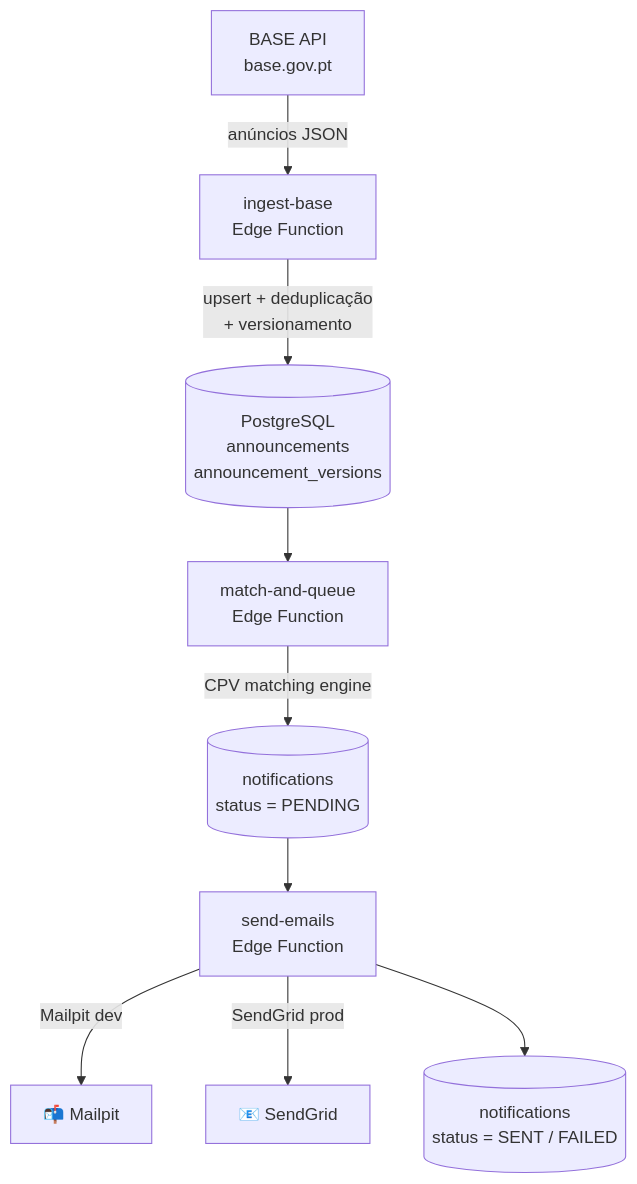
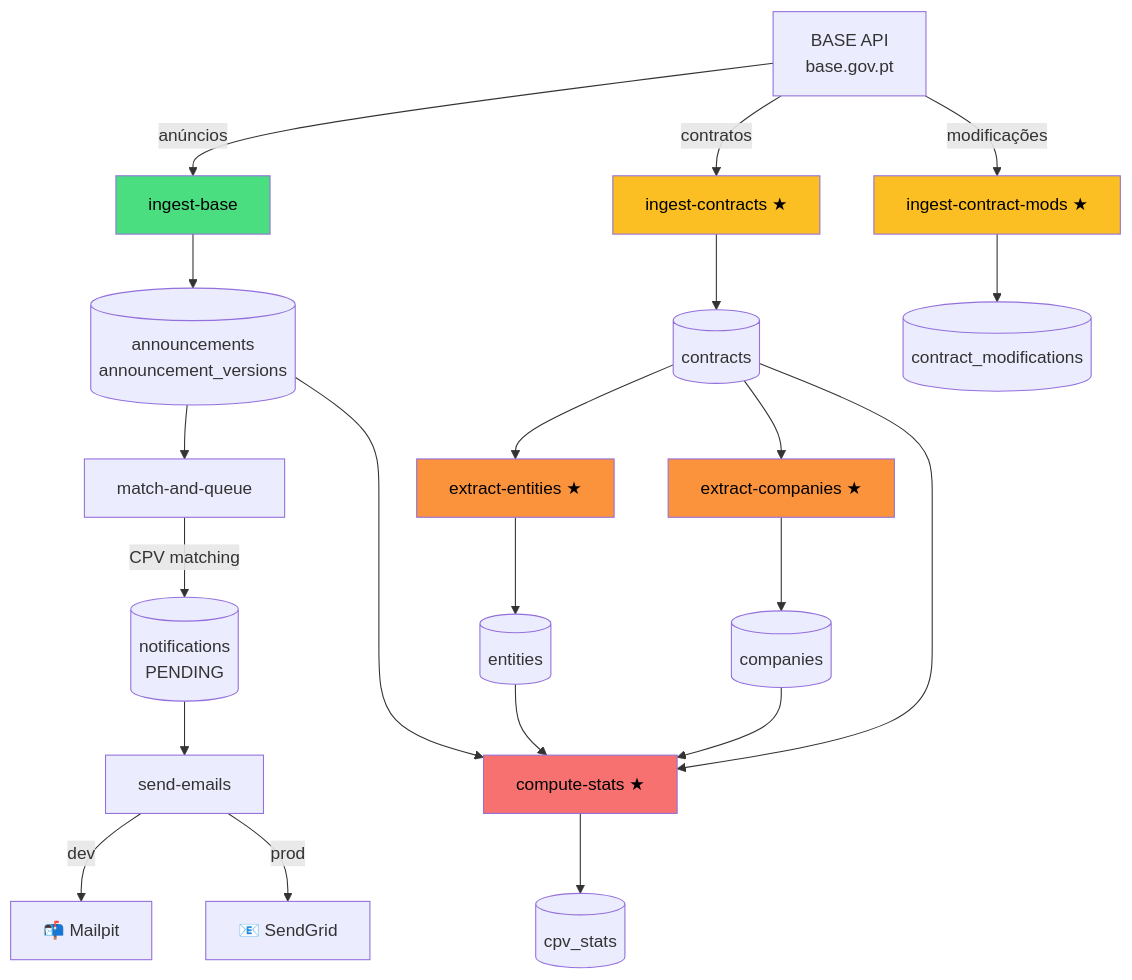
One commit to Ribeiro-20/Helpdesk-Publico changed the diagram in README.md. Above: the diagram before and after it, drawn with Mermaid. The commit also changed other lines of this file, not shown here.

Commit message:
docs: update README with all 9 edge functions, new data flow diagram and architecture tree

````diff
--- a/README.md
+++ b/README.md
@@ -311,11 +318,37 @@
 ```mermaid
 flowchart TD
-    A[BASE API\nbase.gov.pt] -->|anúncios JSON| B[ingest-base\nEdge Function]
-    B -->|upsert + deduplicação\n+ versionamento| C[(PostgreSQL\nannouncements\nannouncement_versions)]
-    C --> D[match-and-queue\nEdge Function]
-    D -->|CPV matching engine| E[(notifications\nstatus = PENDING)]
-    E --> F[send-emails\nEdge Function]
-    F -->|Mailpit dev| G[📬 Mailpit]
-    F -->|SendGrid prod| H[📧 SendGrid]
-    F --> I[(notifications\nstatus = SENT / FAILED)]
+    API[BASE API\nbase.gov.pt]
+
+    API -->|anúncios| IB[ingest-base]
+    API -->|contratos| IC[ingest-contracts ★]
+    API -->|modificações| IM[ingest-contract-mods ★]
+
+    IB --> ANN[(announcements\nannouncement_versions)]
+    IC --> CON[(contracts)]
+    IM --> MOD[(contract_modifications)]
+
+    ANN --> MQ[match-and-queue]
+    CON --> EE[extract-entities ★]
+    CON --> EC[extract-companies ★]
+
+    EE --> ENT[(entities)]
+    EC --> COM[(companies)]
+
+    ENT --> CS[compute-stats ★]
+    COM --> CS
+    ANN --> CS
+    CON --> CS
+    CS --> STATS[(cpv_stats)]
+
+    MQ -->|CPV matching| NOT[(notifications\nPENDING)]
+    NOT --> SE[send-emails]
+    SE -->|dev| MP[📬 Mailpit]
+    SE -->|prod| SG[📧 SendGrid]
+
+    style IB fill:#4ade80,color:#000
+    style IC fill:#fbbf24,color:#000
+    style IM fill:#fbbf24,color:#000
+    style EE fill:#fb923c,color:#000
+    style EC fill:#fb923c,color:#000
+    style CS fill:#f87171,color:#000
 ```
````
